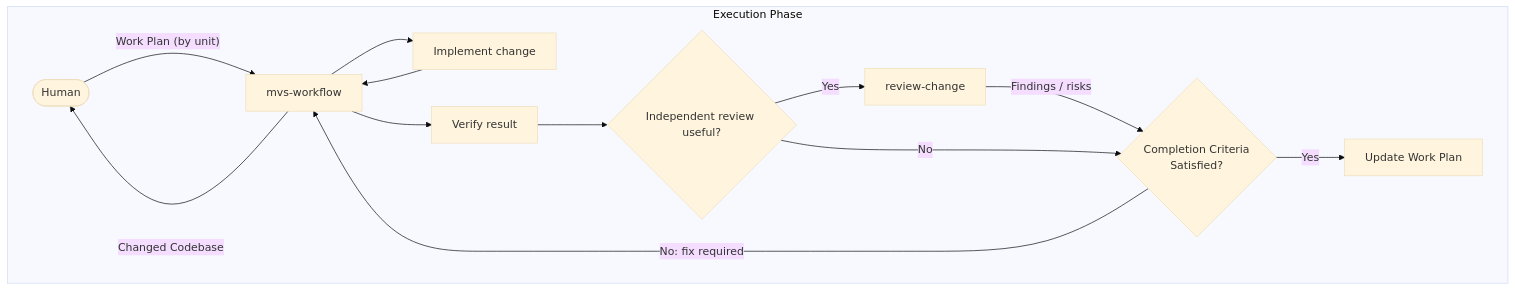
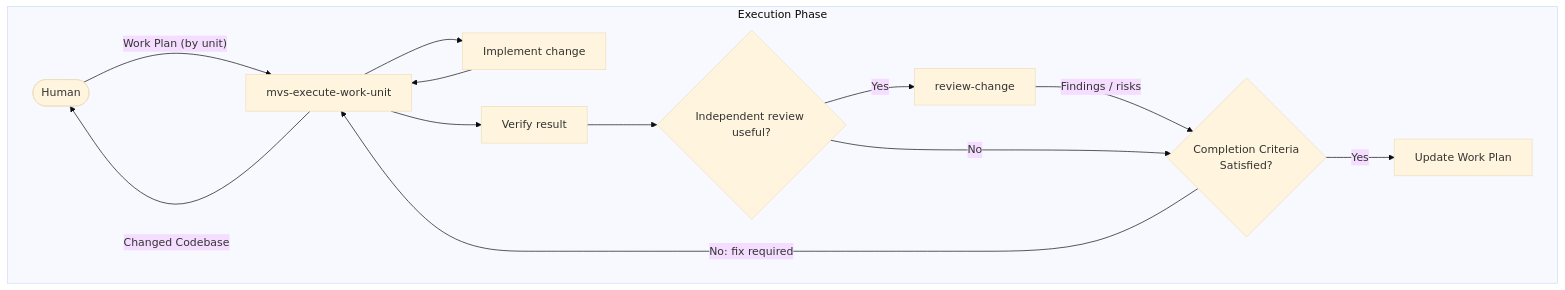
The second of 2 diagrams in docs/README.md (masa-kjm/marvis-dev), drawn with Mermaid (base theme) before and after one commit. The commit also changed other lines of this file and 1 other file, not shown here.

Commit message:
feat(execute-work-unit): rename and update execute-work-unit

````diff
--- a/docs/README.md
+++ b/docs/README.md
@@ -46,24 +48,24 @@
 ```mermaid
 flowchart TD
   subgraph Execution["Execution Phase"]
     Caller(["Human"])
-    WorkflowSkill["mvs-workflow"]
+    ExecuteWU["mvs-execute-work-unit"]
     Implement["Implement change"]
     Verify["Verify result"]
     ReviewChoice{"Independent review useful?"}
     Reviewer["review-change"]
     Decision{"Completion Criteria<br/>Satisfied?"}
     Update["Update Work Plan"]
   end
 
-  Caller -->|"Work Plan (by unit)"| WorkflowSkill
-  WorkflowSkill -->|Changed Codebase| Caller
-  WorkflowSkill --> Implement
-  WorkflowSkill --> Verify --> ReviewChoice
-  Implement --> WorkflowSkill
+  Caller -->|"Work Plan (by unit)"| ExecuteWU
+  ExecuteWU -->|Changed Codebase| Caller
+  ExecuteWU --> Implement
+  ExecuteWU --> Verify --> ReviewChoice
+  Implement --> ExecuteWU
   ReviewChoice -->|Yes| Reviewer -->|Findings / risks| Decision
   ReviewChoice -->|No| Decision
 
-  Decision -->|No: fix required| WorkflowSkill
+  Decision -->|No: fix required| ExecuteWU
   Decision -->|Yes| Update
 ```
````
